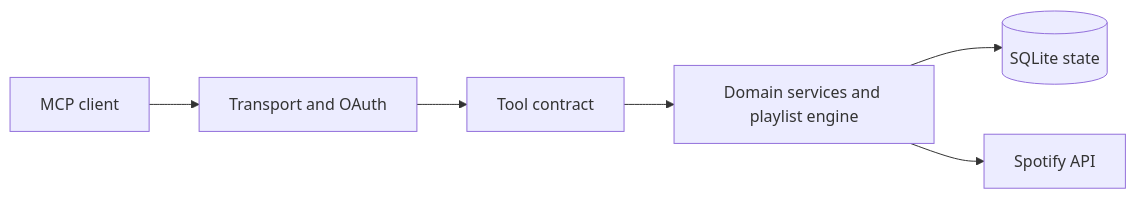
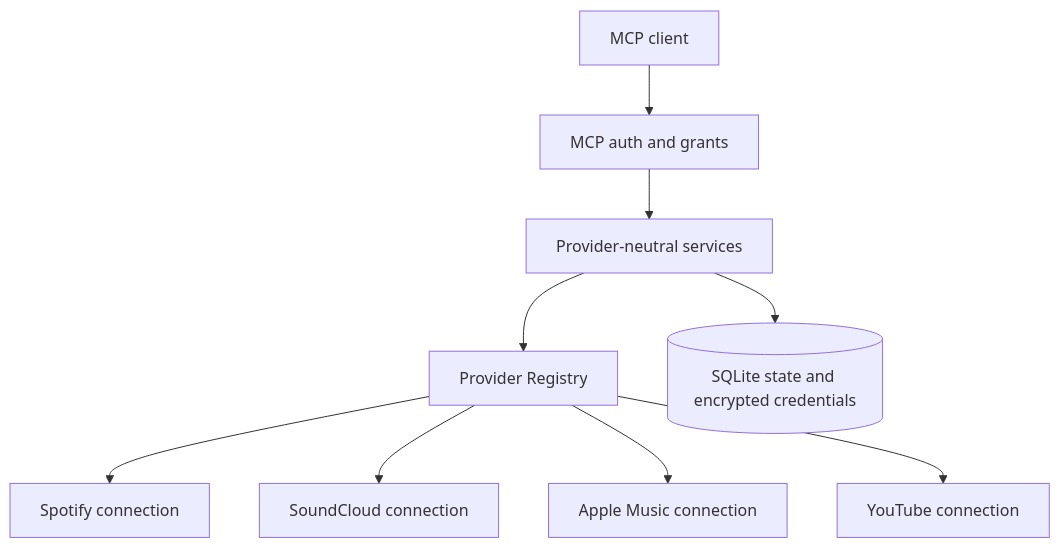
Before and after one commit to makkiattooo/JamRelay: the diagram in docs/index.md, drawn with Mermaid. The commit also changed other lines of this file and 36 other files, not shown here.

First line of the commit message:
feat: Introduce provider-neutral architecture and enhance documentation

````diff
--- a/docs/index.md
+++ b/docs/index.md
@@ -32,8 +43,11 @@
 ```mermaid
-flowchart LR
-  A[MCP client] --> B[Transport and OAuth]
-  B --> C[Tool contract]
-  C --> D[Domain services and playlist engine]
-  D --> E[(SQLite state)]
-  D --> F[Spotify API]
+flowchart TD
+  C[MCP client] --> A[MCP auth and grants]
+  A --> S[Provider-neutral services]
+  S --> R[Provider Registry]
+  R --> P1[Spotify connection]
+  R --> P2[SoundCloud connection]
+  R --> P3[Apple Music connection]
+  R --> P4[YouTube connection]
+  S --> DB[(SQLite state and encrypted credentials)]
 ```
````
